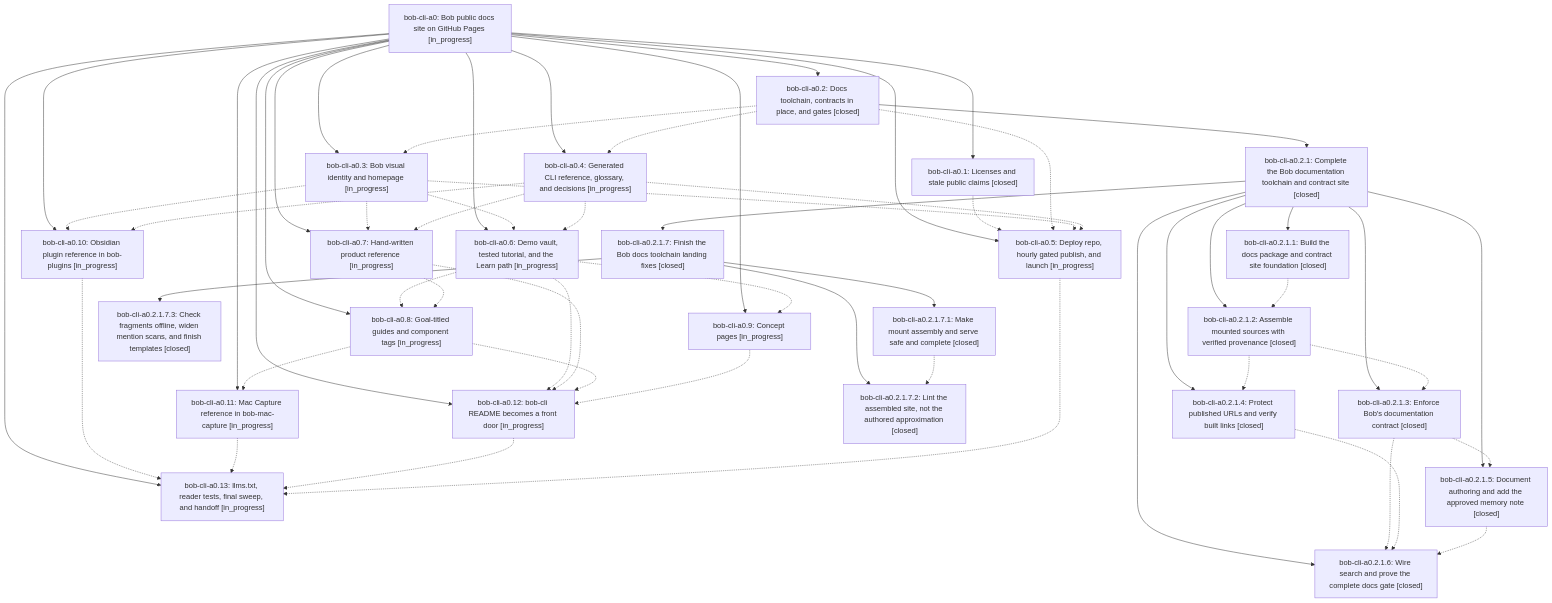
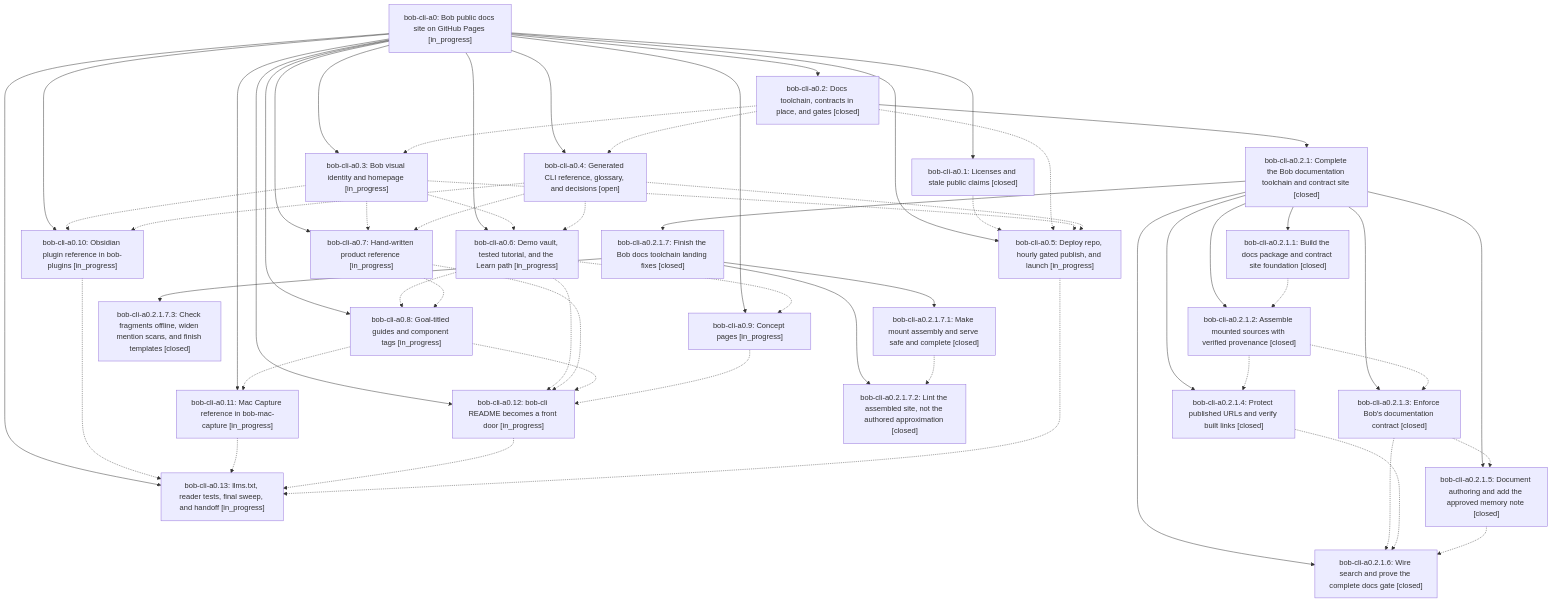
Before and after one commit to bobs-org/bob-cli--beads: the diagram in pages/bob-cli-a0/README.md, drawn with Mermaid. The commit also changed other lines of this file and 7 other files, not shown here.

First line of the commit message:
chore(beads): sync bead state and pages for bob-cli-a0

```diff
--- a/pages/bob-cli-a0/README.md
+++ b/pages/bob-cli-a0/README.md
@@ -70,7 +70,7 @@
     n16["bob-cli-a0.2.1.7.2: Lint the assembled site, not the authored approximation [closed]"]
     n17["bob-cli-a0.2.1.7.3: Check fragments offline, widen mention scans, and finish templates [closed]"]
     n18["bob-cli-a0.3: Bob visual identity and homepage [in_progress]"]
-    n19["bob-cli-a0.4: Generated CLI reference, glossary, and decisions [in_progress]"]
+    n19["bob-cli-a0.4: Generated CLI reference, glossary, and decisions [open]"]
     n20["bob-cli-a0.5: Deploy repo, hourly gated publish, and launch [in_progress]"]
     n21["bob-cli-a0.6: Demo vault, tested tutorial, and the Learn path [in_progress]"]
     n22["bob-cli-a0.7: Hand-written product reference [in_progress]"]
```
